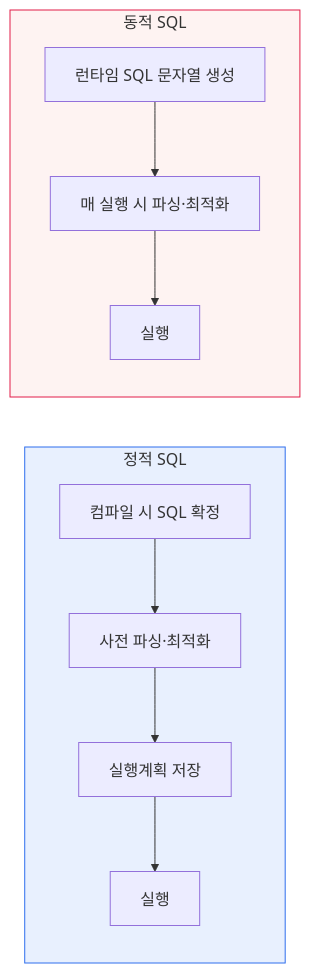
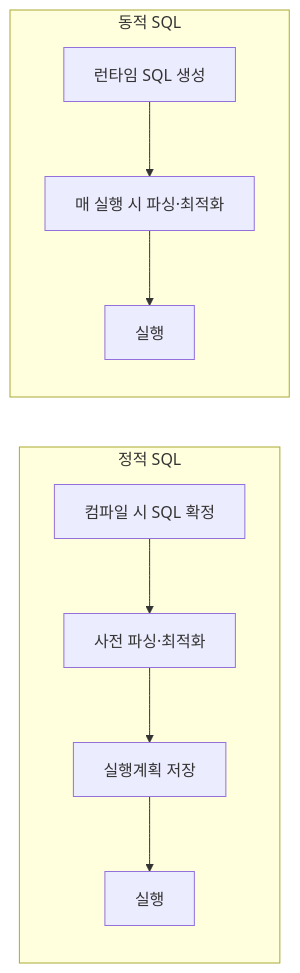
One commit to coninggu/wjdqhrhksflrltnftk changed the diagram in content/static-vs-dynamic-sql.md. Above: the diagram before and after it, drawn with Mermaid. The commit also changed other lines of this file and 28 other files, not shown here.

````diff
--- a/content/static-vs-dynamic-sql.md
+++ b/content/static-vs-dynamic-sql.md
@@ -14,11 +14,9 @@
 ```mermaid
 flowchart LR
-  subgraph Static["정적 SQL"]
+  subgraph Static[정적 SQL]
     S1[컴파일 시 SQL 확정] --> S2[사전 파싱·최적화] --> S3[실행계획 저장] --> S4[실행]
   end
-  subgraph Dynamic["동적 SQL"]
-    D1[런타임 SQL 문자열 생성] --> D2[매 실행 시 파싱·최적화] --> D3[실행]
+  subgraph Dynamic[동적 SQL]
+    D1[런타임 SQL 생성] --> D2[매 실행 시 파싱·최적화] --> D3[실행]
   end
-  style Static fill:#e8f0fe,stroke:#2f6fed
-  style Dynamic fill:#fef3f2,stroke:#e11d48
 ```
````
